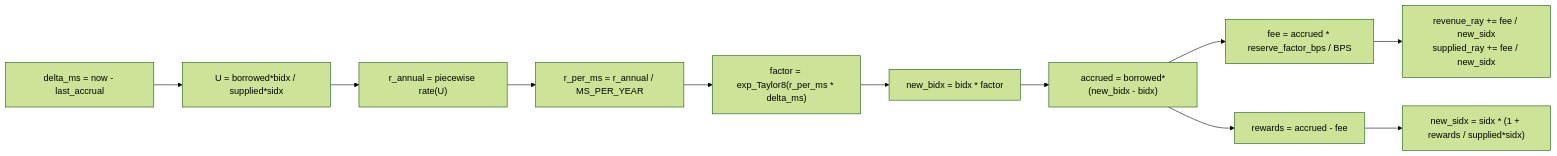
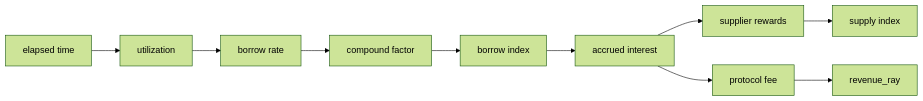
Before and after one commit to XOXNO/rs-lending-xlm: the first of 3 diagrams in architecture/INVARIANTS.md, drawn with Mermaid (forest theme). The commit also changed other lines of this file and 332 other files, not shown here.

````diff
--- a/architecture/INVARIANTS.md
+++ b/architecture/INVARIANTS.md
@@ -84,13 +138,12 @@
 ```mermaid
 flowchart LR
-    A["delta_ms = now - last_accrual"] --> B["U = borrowed*bidx / supplied*sidx"]
-    B --> C["r_annual = piecewise rate(U)"]
-    C --> D["r_per_ms = r_annual / MS_PER_YEAR"]
-    D --> E["factor = exp_Taylor8(r_per_ms * delta_ms)"]
-    E --> F["new_bidx = bidx * factor"]
-    F --> G["accrued = borrowed*(new_bidx - bidx)"]
-    G --> H["fee = accrued * reserve_factor_bps / BPS"]
-    G --> I["rewards = accrued - fee"]
-    I --> J["new_sidx = sidx * (1 + rewards / supplied*sidx)"]
-    H --> K["revenue_ray += fee / new_sidx<br/>supplied_ray += fee / new_sidx"]
+    A["elapsed time"] --> B["utilization"]
+    B --> C["borrow rate"]
+    C --> D["compound factor"]
+    D --> E["borrow index"]
+    E --> F["accrued interest"]
+    F --> G["supplier rewards"]
+    F --> H["protocol fee"]
+    G --> I["supply index"]
+    H --> J["revenue_ray"]
 ```
````
